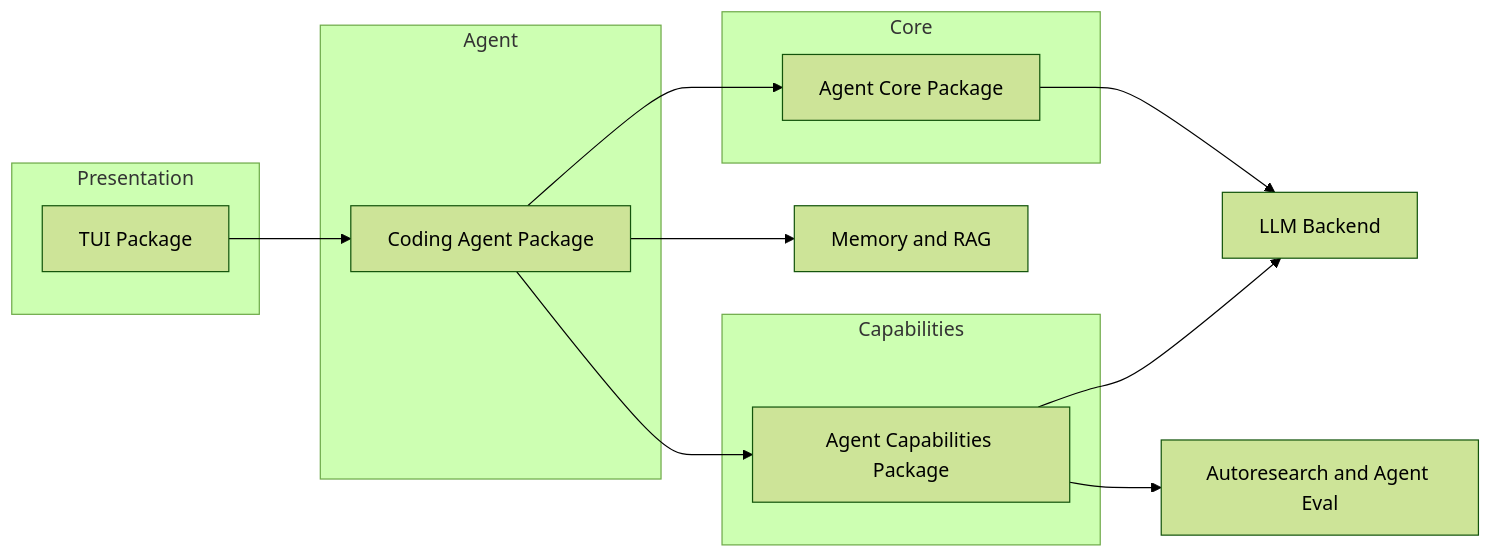
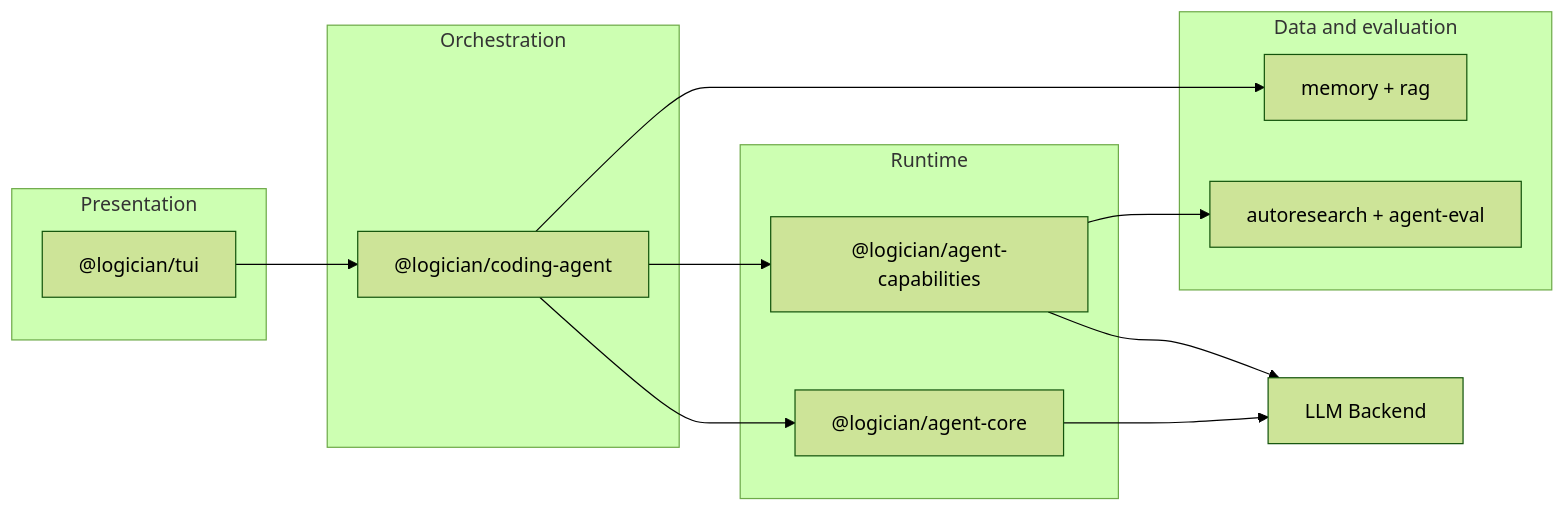
The first of 2 diagrams in docs/architecture/overview.md (lseman/logician), drawn with Mermaid (forest theme) before and after one commit. The commit also changed other lines of this file and 42 other files, not shown here.

````diff
--- a/docs/architecture/overview.md
+++ b/docs/architecture/overview.md
@@ -12,25 +12,24 @@
 ```mermaid
 graph LR
-  subgraph "Presentation"
-    A[TUI Package]
+  subgraph Presentation
+    A["@logician/tui"]
   end
-  subgraph "Agent"
-    B[Coding Agent Package]
+  subgraph Orchestration
+    B["@logician/coding-agent"]
   end
-  subgraph "Core"
-    C[Agent Core Package]
+  subgraph Runtime
+    C["@logician/agent-core"]
+    D["@logician/agent-capabilities"]
   end
-  subgraph "Capabilities"
-    D[Agent Capabilities Package]
+  subgraph DataAndEvaluation["Data and evaluation"]
+    F["memory + rag"]
+    G["autoresearch + agent-eval"]
   end
-	F[Memory and RAG]
-	G[Autoresearch and Agent Eval]
-
   A --> B
   B --> C
   B --> D
-	B --> F
-	D --> G
+  B --> F
+  D --> G
   C --> E[LLM Backend]
   D --> E
 ```
````
